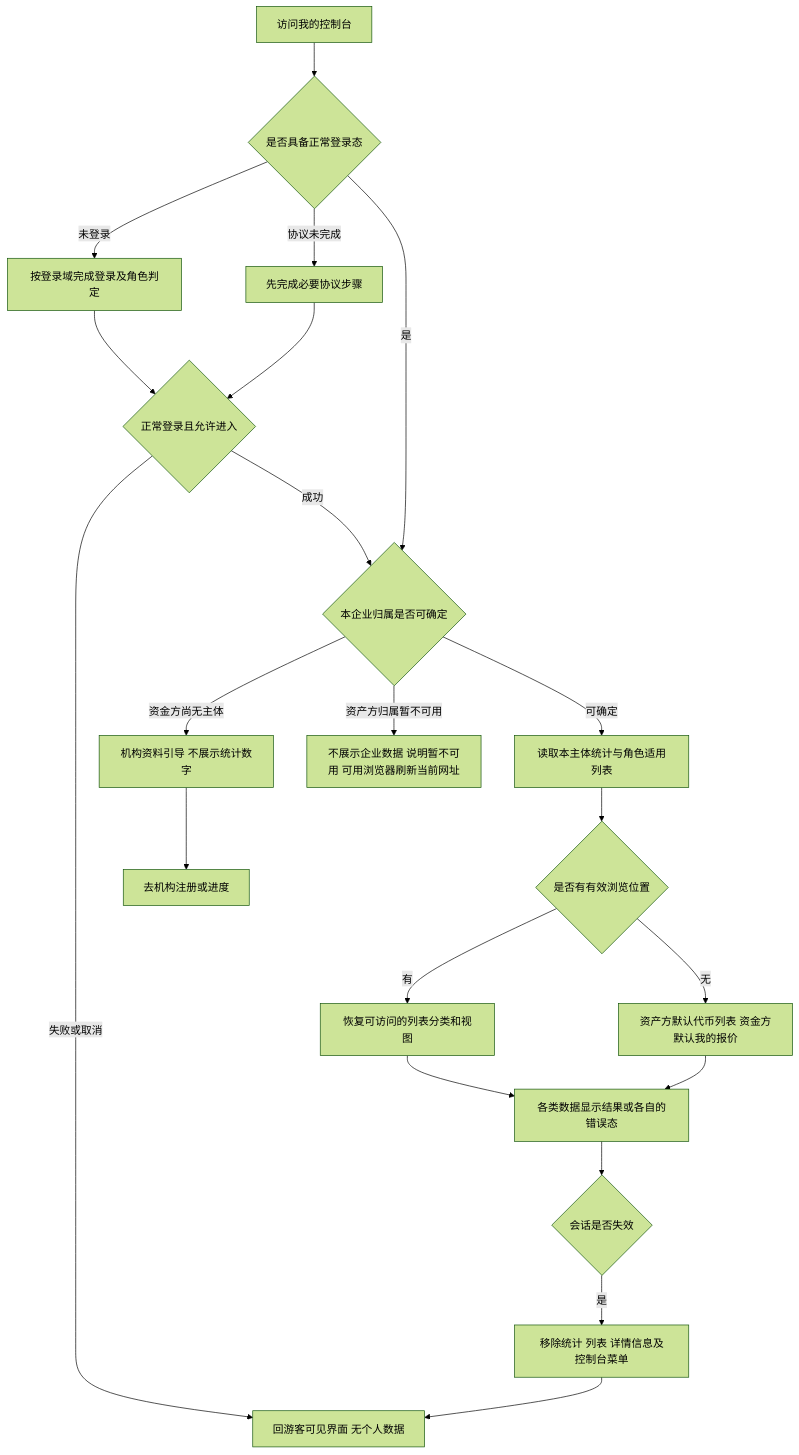
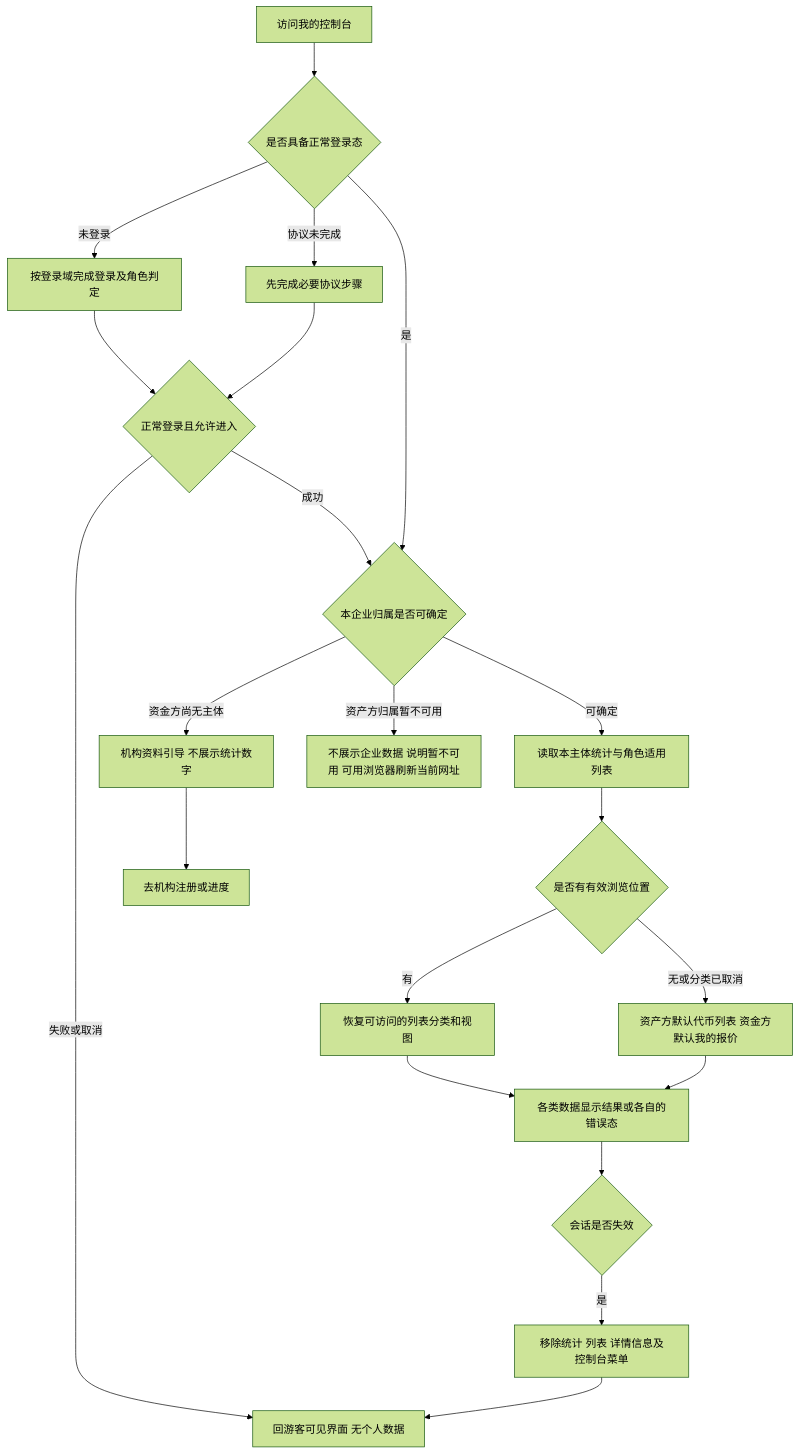
Before and after one commit to wxblockchain/Chain-Financing: the first of 15 diagrams in lending-platform/PRD/面客端/09-我的控制台/02-我的控制台-流程图与状态机.md, drawn with Mermaid (forest theme). The commit also changed other lines of this file and 5 other files, not shown here.

First line of the commit message:
prd(WS-450): console follows the on-chain flow; approvals list; disbursement info on repayment list

````diff
--- a/lending-platform/PRD/面客端/09-我的控制台/02-我的控制台-流程图与状态机.md
+++ b/lending-platform/PRD/面客端/09-我的控制台/02-我的控制台-流程图与状态机.md
@@ -25,23 +28,23 @@
 ```mermaid
 flowchart TD
   A[访问我的控制台] --> B{是否具备正常登录态}
   B -- 未登录 --> C[按登录域完成登录及角色判定]
   B -- 协议未完成 --> D[先完成必要协议步骤]
   C --> E{正常登录且允许进入}
   D --> E
   E -- 失败或取消 --> Z[回游客可见界面 无个人数据]
   E -- 成功 --> F{本企业归属是否可确定}
   B -- 是 --> F
   F -- 资金方尚无主体 --> G[机构资料引导 不展示统计数字]
   G --> H[去机构注册或进度]
   F -- 资产方归属暂不可用 --> I[不展示企业数据 说明暂不可用 可用浏览器刷新当前网址]
   F -- 可确定 --> J[读取本主体统计与角色适用列表]
   J --> K{是否有有效浏览位置}
   K -- 有 --> L[恢复可访问的列表分类和视图]
-  K -- 无 --> M[资产方默认代币列表 资金方默认我的报价]
+  K -- 无或分类已取消 --> M[资产方默认代币列表 资金方默认我的报价]
   L --> N[各类数据显示结果或各自的错误态]
   M --> N
   N --> O{会话是否失效}
   O -- 是 --> P[移除统计 列表 详情信息及控制台菜单]
   P --> Z
 ```
````
